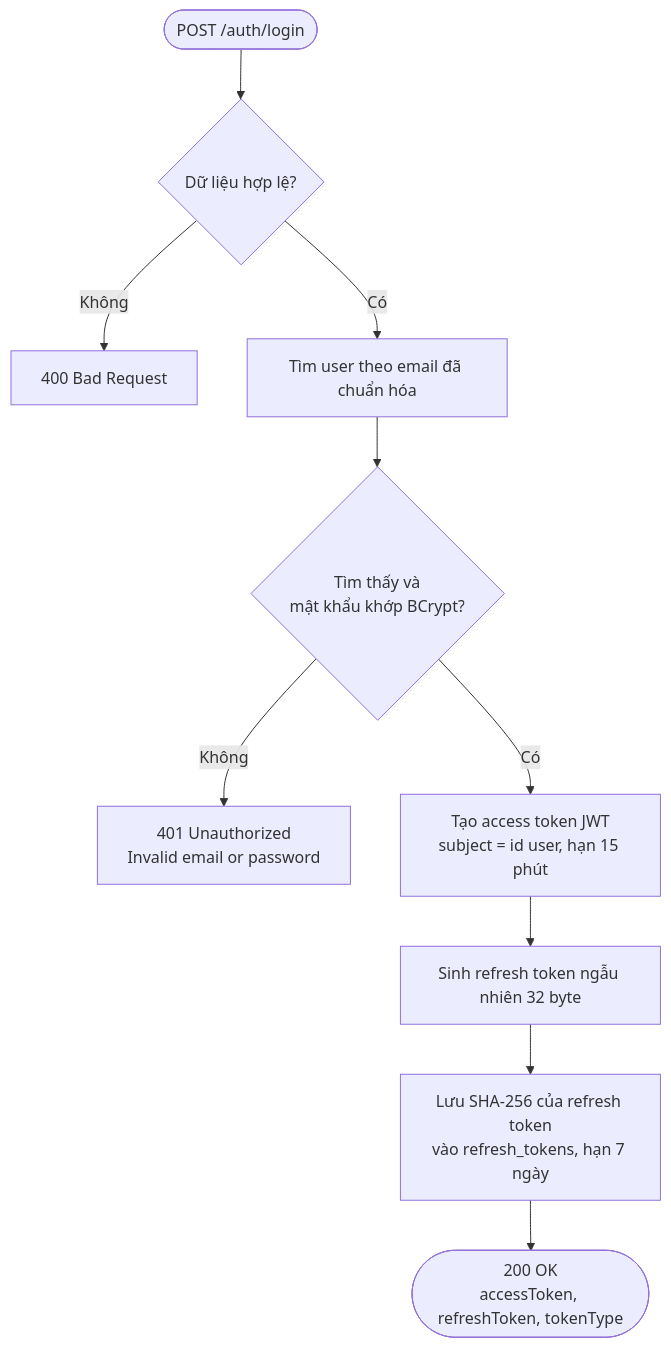
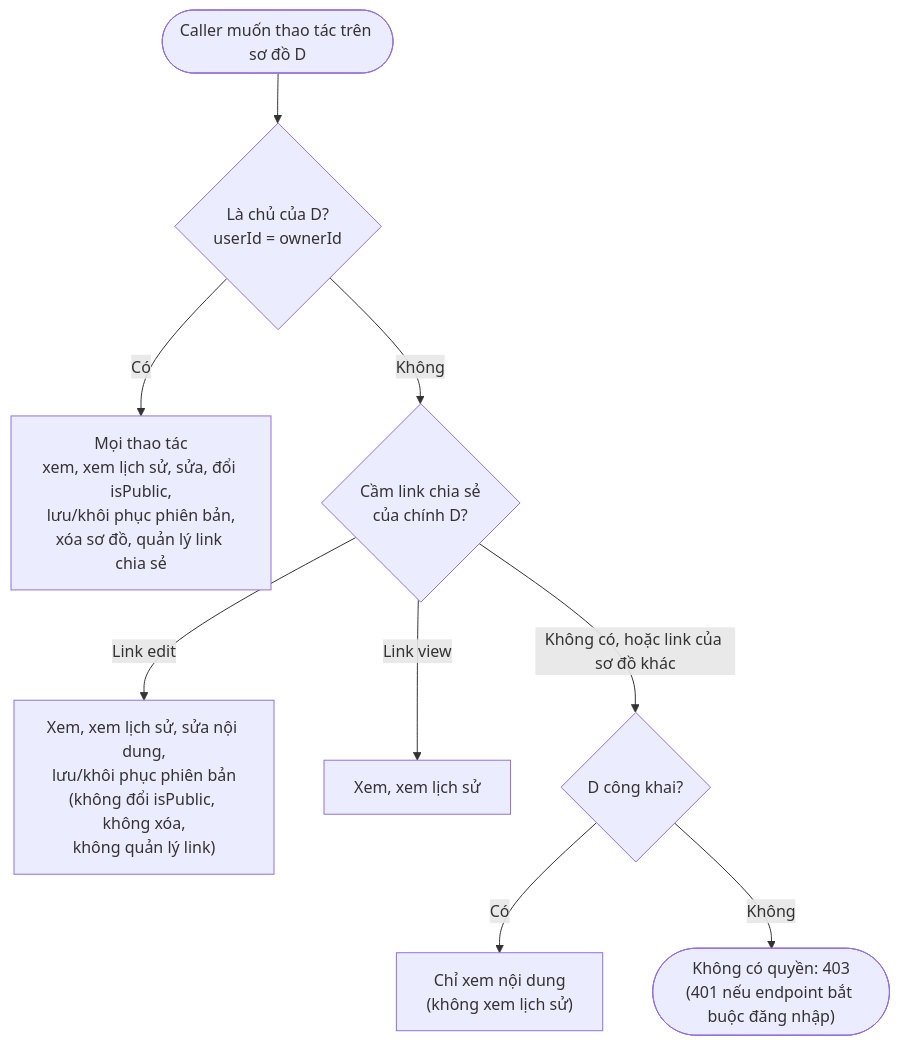
Before and after one commit to Phamminh161005/CourseHub: the second of 7 diagrams in docs/luong-nghiep-vu.md, drawn with Mermaid. The commit also changed other lines of this file and 4 other files, not shown here.

````diff
--- a/docs/luong-nghiep-vu.md
+++ b/docs/luong-nghiep-vu.md
@@ -32,12 +55,11 @@
 ```mermaid
 flowchart TD
-    A(["POST /auth/login"]) --> B{"Dữ liệu hợp lệ?"}
-    B -- Không --> E400["400 Bad Request"]
-    B -- Có --> C["Tìm user theo email đã chuẩn hóa"]
-    C --> D{"Tìm thấy và<br/>mật khẩu khớp BCrypt?"}
-    D -- Không --> E401["401 Unauthorized<br/>Invalid email or password"]
-    D -- Có --> F["Tạo access token JWT<br/>subject = id user, hạn 15 phút"]
-    F --> G["Sinh refresh token ngẫu nhiên 32 byte"]
-    G --> H["Lưu SHA-256 của refresh token<br/>vào refresh_tokens, hạn 7 ngày"]
-    H --> I(["200 OK<br/>accessToken, refreshToken, tokenType"])
+    A(["Caller muốn thao tác trên sơ đồ D"]) --> O{"Là chủ của D?<br/>userId = ownerId"}
+    O -- Có --> ALL["Mọi thao tác<br/>xem, xem lịch sử, sửa, đổi isPublic,<br/>lưu/khôi phục phiên bản,<br/>xóa sơ đồ, quản lý link chia sẻ"]
+    O -- Không --> L{"Cầm link chia sẻ<br/>của chính D?"}
+    L -- "Link edit" --> ED["Xem, xem lịch sử, sửa nội dung,<br/>lưu/khôi phục phiên bản<br/>(không đổi isPublic, không xóa,<br/>không quản lý link)"]
+    L -- "Link view" --> VW["Xem, xem lịch sử"]
+    L -- "Không có, hoặc link của sơ đồ khác" --> P{"D công khai?"}
+    P -- Có --> PV["Chỉ xem nội dung<br/>(không xem lịch sử)"]
+    P -- Không --> NO(["Không có quyền: 403<br/>(401 nếu endpoint bắt buộc đăng nhập)"])
 ```
````
